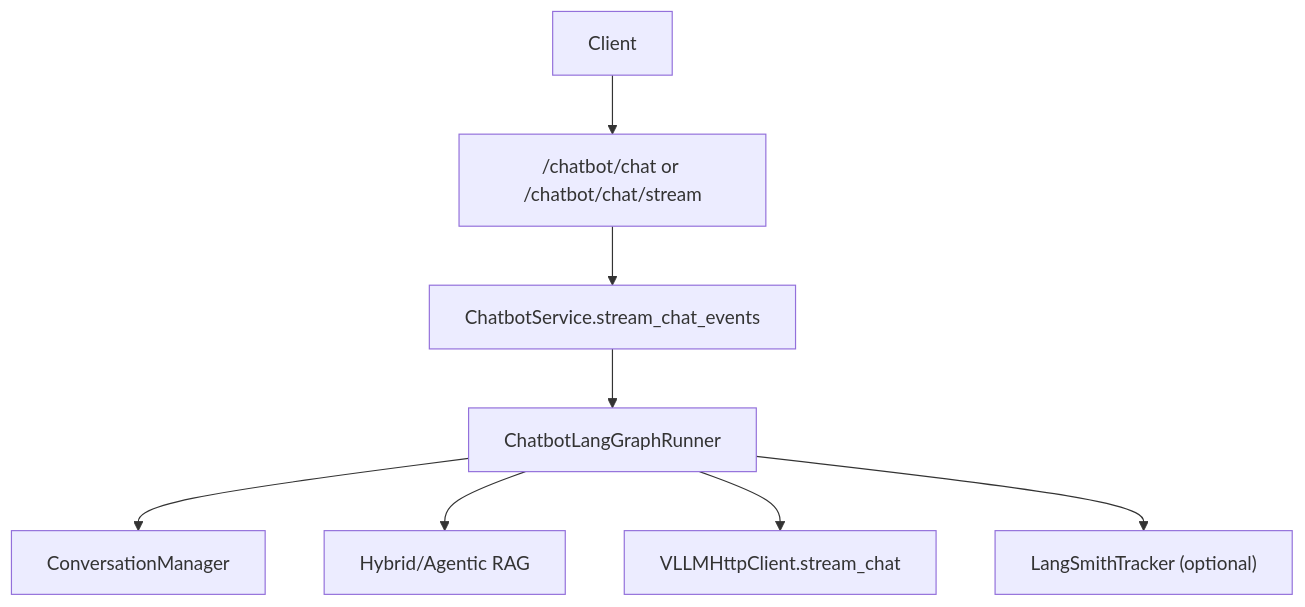
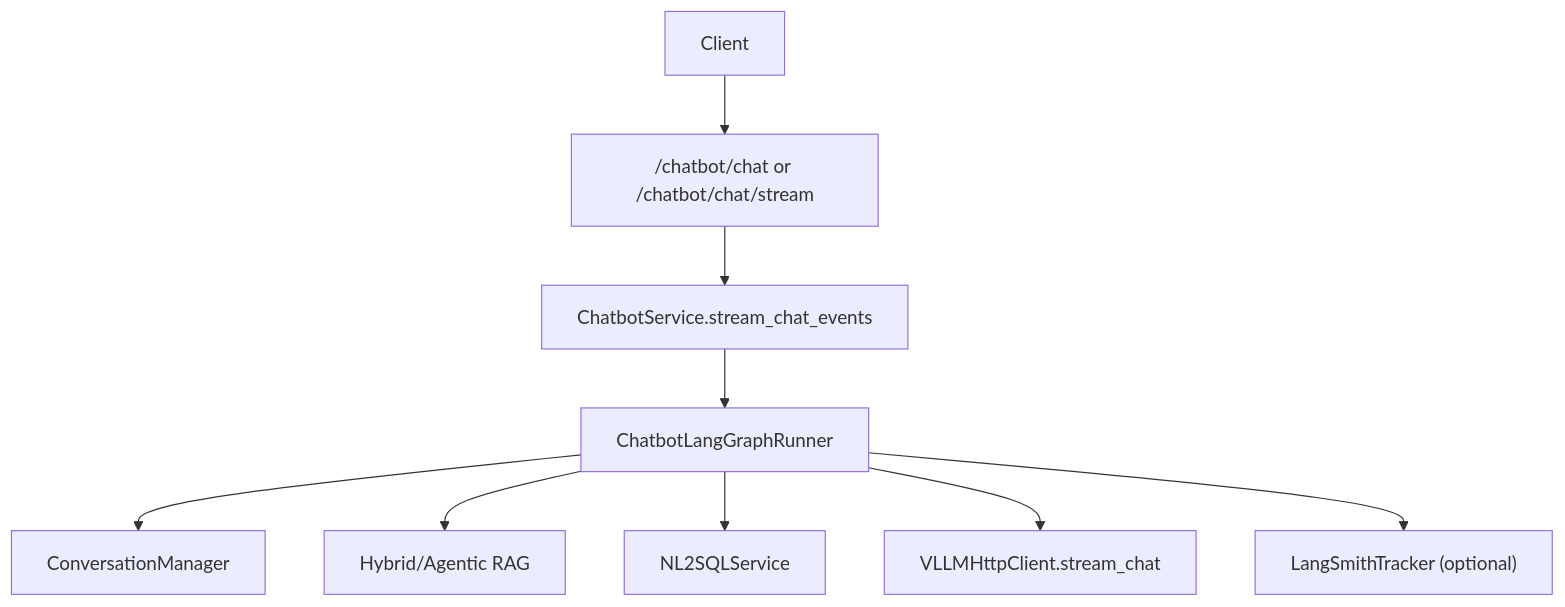
Before and after one commit to gaocf888/models_app_framework: the diagram in framework-guide/智能客服整体实现技术说明.md, drawn with Mermaid. The commit also changed other lines of this file and 36 other files, not shown here.

````diff
--- a/framework-guide/智能客服整体实现技术说明.md
+++ b/framework-guide/智能客服整体实现技术说明.md
@@ -93,10 +156,11 @@
 ```mermaid
 flowchart TB
     Client["Client"] --> API["/chatbot/chat or /chatbot/chat/stream"]
     API --> Svc["ChatbotService.stream_chat_events"]
     Svc --> Graph["ChatbotLangGraphRunner"]
     Graph --> Conv["ConversationManager"]
     Graph --> RAG["Hybrid/Agentic RAG"]
+    Graph --> NL2SQL["NL2SQLService"]
     Graph --> LLM["VLLMHttpClient.stream_chat"]
     Graph --> Obs["LangSmithTracker (optional)"]
 ```
````
